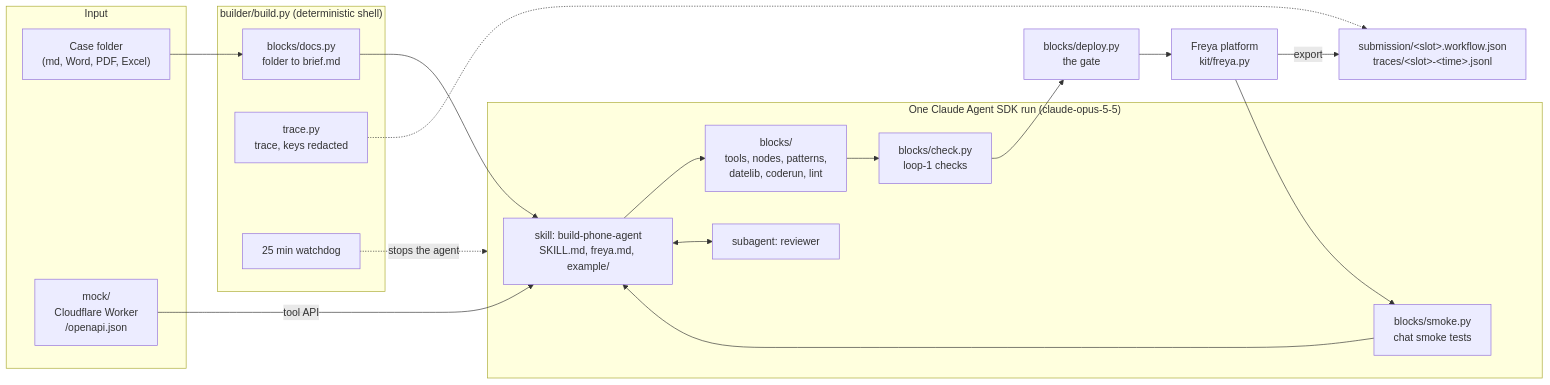
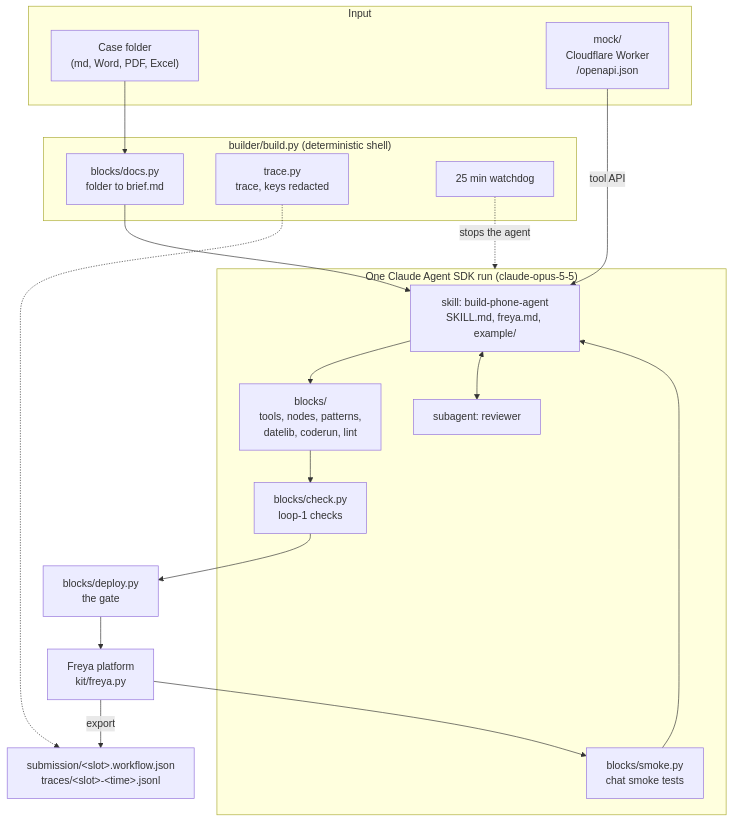
The first of 3 diagrams in docs/architecture.md (Tugaytalha/The-Builder), drawn with Mermaid before and after one commit. The commit also changed other lines of this file, not shown here.

Commit message:
Architecture diagrams: vertical component layout, readable text on coloured nodes in dark theme

````diff
--- a/docs/architecture.md
+++ b/docs/architecture.md
@@ -7,35 +7,35 @@
 ```mermaid
-flowchart LR
+flowchart TB
     subgraph IN["Input"]
         CASE["Case folder<br/>(md, Word, PDF, Excel)"]
         MOCK["mock/<br/>Cloudflare Worker<br/>/openapi.json"]
     end
 
     subgraph SHELL["builder/build.py (deterministic shell)"]
         DOCS["blocks/docs.py<br/>folder to brief.md"]
         TRACE["trace.py<br/>trace, keys redacted"]
         WD["25 min watchdog"]
     end
 
     subgraph AGENT["One Claude Agent SDK run (claude-opus-5-5)"]
         SKILL["skill: build-phone-agent<br/>SKILL.md, freya.md, example/"]
         REV["subagent: reviewer"]
         BLK["blocks/<br/>tools, nodes, patterns,<br/>datelib, coderun, lint"]
         CHK["blocks/check.py<br/>loop-1 checks"]
         SMK["blocks/smoke.py<br/>chat smoke tests"]
     end
 
     GATE["blocks/deploy.py<br/>the gate"]
     FREYA["Freya platform<br/>kit/freya.py"]
     OUT["submission/&lt;slot&gt;.workflow.json<br/>traces/&lt;slot&gt;-&lt;time&gt;.jsonl"]
 
     CASE --> DOCS --> SKILL
     MOCK -->|tool API| SKILL
     SKILL --> BLK --> CHK --> GATE
     SKILL <--> REV
     GATE --> FREYA --> SMK
     SMK --> SKILL
     FREYA -->|export| OUT
     TRACE -.-> OUT
     WD -.->|stops the agent| AGENT
 ```
````
